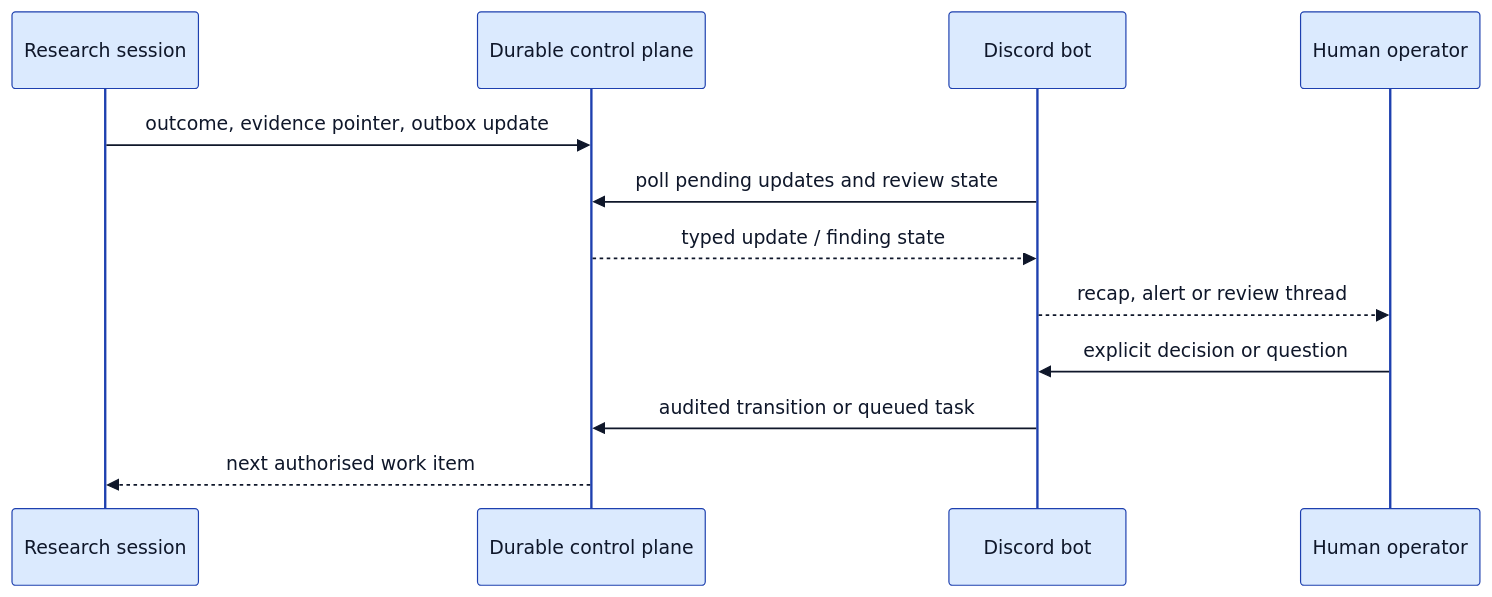
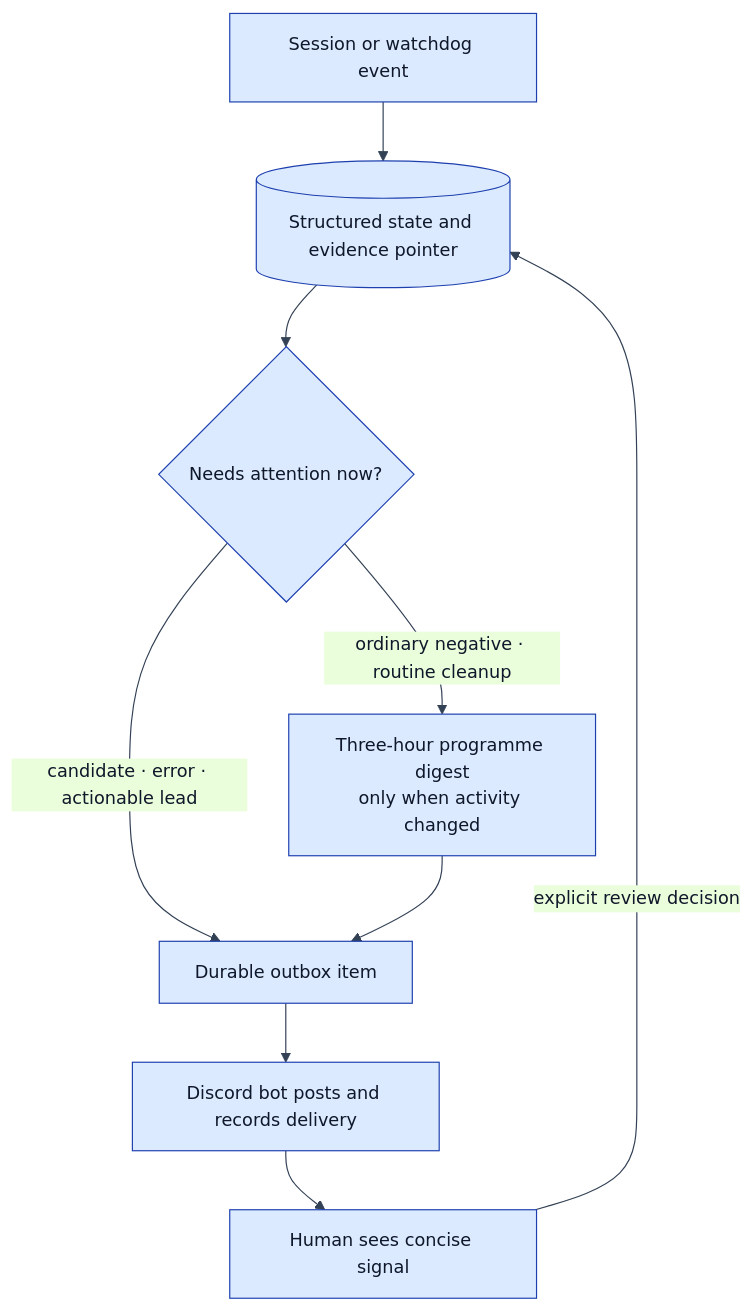
Before and after one commit to felixbillieres/felixbillieres.github.io: the eighth of 9 diagrams in content/posts/operating-a-semi-autonomous-security-research-pipeline/index.md, drawn with Mermaid. The commit also changed other lines of this file, not shown here.

Commit message:
Update security research pipeline architecture article

```diff
--- a/content/posts/operating-a-semi-autonomous-security-research-pipeline/index.md
+++ b/content/posts/operating-a-semi-autonomous-security-research-pipeline/index.md
@@ -316,16 +358,12 @@
 {{< mermaid >}}
 %%{init: {'theme':'base','themeVariables':{'background':'#ffffff','fontSize':'15px','primaryColor':'#dbeafe','primaryTextColor':'#0f172a','primaryBorderColor':'#1e40af','lineColor':'#334155','textColor':'#0f172a'}}}%%
-sequenceDiagram
-    participant A as Research session
-    participant D as Durable control plane
-    participant B as Discord bot
-    participant H as Human operator
-
-    A->>D: outcome, evidence pointer, outbox update
-    B->>D: poll pending updates and review state
-    D-->>B: typed update / finding state
-    B-->>H: recap, alert or review thread
-    H->>B: explicit decision or question
-    B->>D: audited transition or queued task
-    D-->>A: next authorised work item
+flowchart TD
+    A[Session or watchdog event] --> S[(Structured state and evidence pointer)]
+    S --> K{Needs attention now?}
+    K -->|candidate · error · actionable lead| O[Durable outbox item]
+    K -->|ordinary negative · routine cleanup| D[Three-hour programme digest<br/>only when activity changed]
+    D --> O
+    O --> B[Discord bot posts and records delivery]
+    B --> H[Human sees concise signal]
+    H -->|explicit review decision| S
 {{< /mermaid >}}
```
